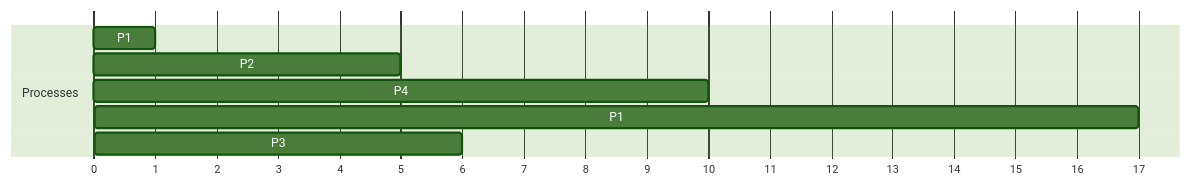
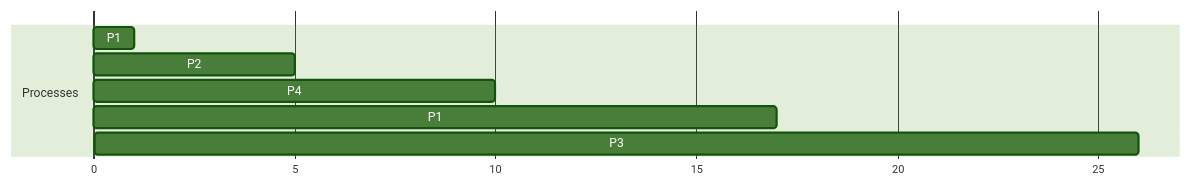
Before and after one commit to firdaceah/SisOp-2025: the third of 3 diagrams in scheduling.md, drawn with Mermaid (forest theme).

Commit message:
scheduling update

````diff
--- a/scheduling.md
+++ b/scheduling.md
@@ -241,11 +241,11 @@
 ```mermaid
 gantt
     dateFormat  X
     axisFormat %s
     section Processes
     P1:0,1
     P2:1,5
     P4:5,10
     P1:10,17
-    P3:17,6
+    P3:17,26
 ```
````
